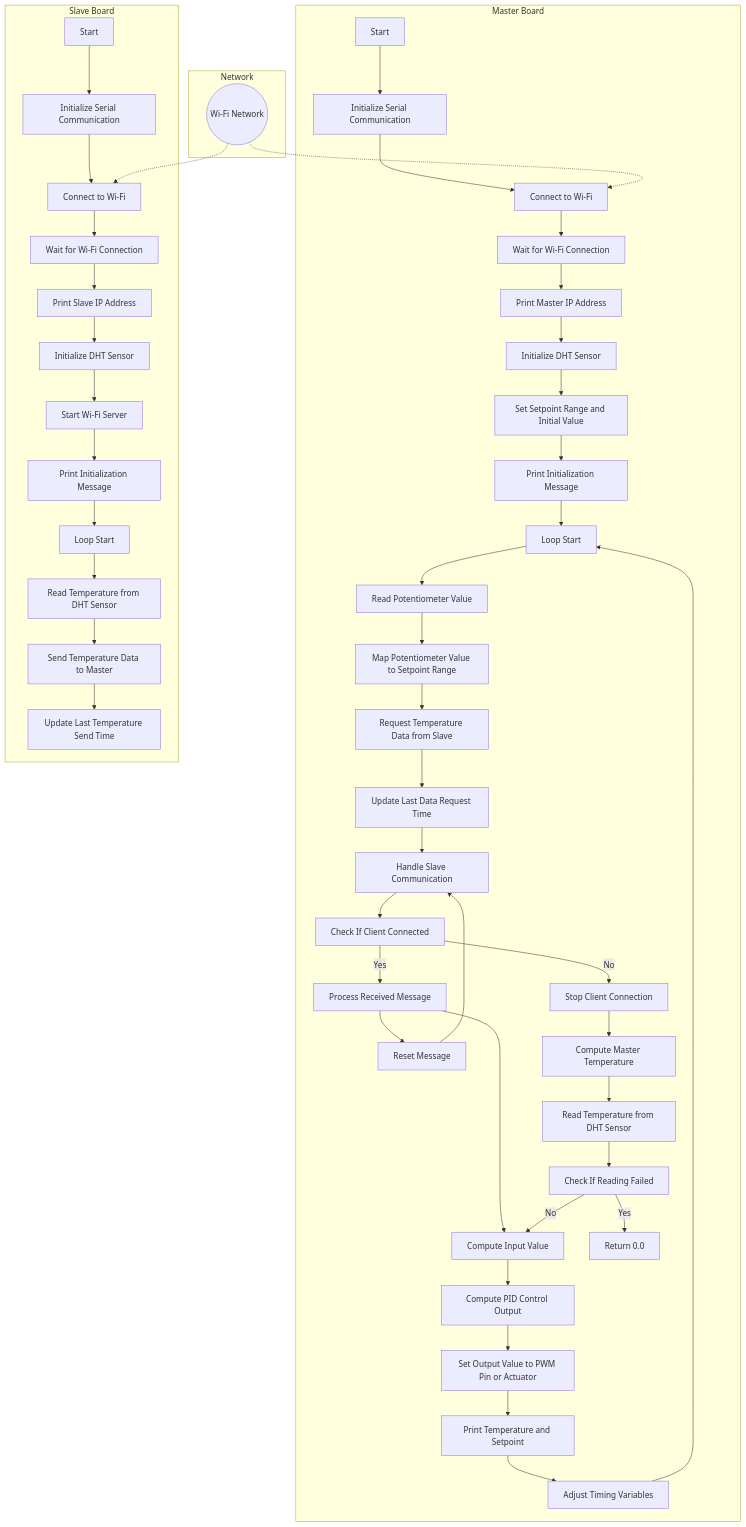
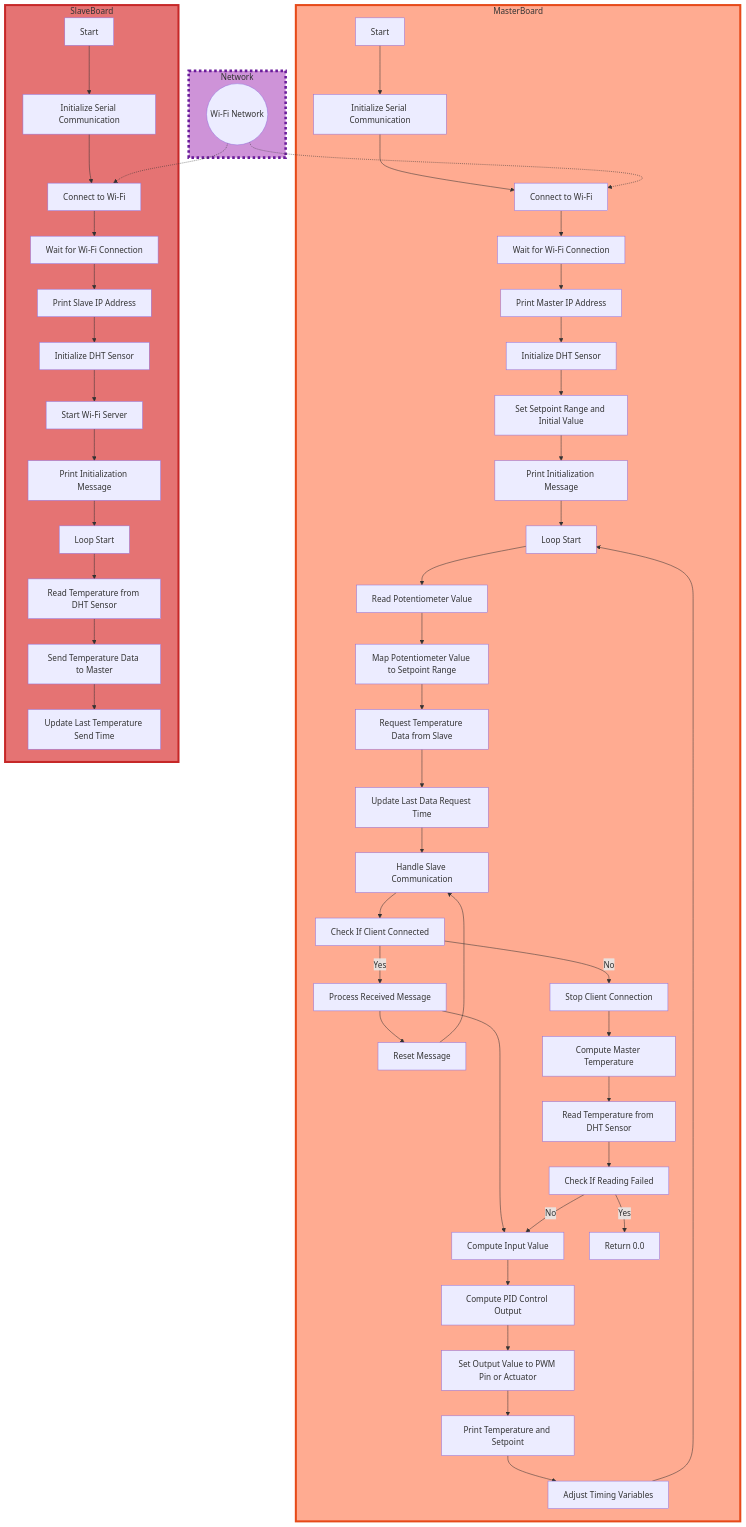
One commit to 1999AZZAR/Temperature-Control-System-with-Multiple-DHT11-Sensors-using-ESP8266 changed the diagram in readme.md. Above: the diagram before and after it, drawn with Mermaid.

````diff
--- a/readme.md
+++ b/readme.md
@@ -30,54 +30,58 @@
 ```mermaid
 graph TD
-  subgraph Master Board
+  style MasterBoard fill:#ffab91,stroke:#e64a19,stroke-width:4px;
+  style SlaveBoard fill:#e57373,stroke:#c62828,stroke-width:4px;
+  style Network fill:#ce93d8,stroke:#6a1b9a,stroke-width:5px,stroke-dasharray: 5, 5;
+
+  subgraph MasterBoard
     A[Start] --> B[Initialize Serial Communication]
     B --> C[Connect to Wi-Fi]
     C --> D[Wait for Wi-Fi Connection]
     D --> E[Print Master IP Address]
     E --> F[Initialize DHT Sensor]
     F --> G[Set Setpoint Range and Initial Value]
     G --> H[Print Initialization Message]
     H --> I[Loop Start]
     I --> J[Read Potentiometer Value]
     J --> K[Map Potentiometer Value to Setpoint Range]
     K --> L[Request Temperature Data from Slave]
     L --> M[Update Last Data Request Time]
     M --> N[Handle Slave Communication]
     N --> O[Check If Client Connected]
     O -- Yes --> P[Process Received Message]
     P --> W[Compute Input Value]
     P --> Q[Reset Message]
     Q --> N
     O -- No --> R[Stop Client Connection]
     R --> S[Compute Master Temperature]
     S --> T[Read Temperature from DHT Sensor]
     T --> U[Check If Reading Failed]
     U -- Yes --> V[Return 0.0]
     U -- No --> W[Compute Input Value]
     W --> X[Compute PID Control Output]
     X --> Y[Set Output Value to PWM Pin or Actuator]
     Y --> Z[Print Temperature and Setpoint]
     Z --> AA[Adjust Timing Variables]
     AA --> I
   end
   
-  subgraph Slave Board
+  subgraph SlaveBoard
     A1[Start] --> B1[Initialize Serial Communication]
     B1 --> C1[Connect to Wi-Fi]
     C1 --> D1[Wait for Wi-Fi Connection]
     D1 --> E1[Print Slave IP Address]
     E1 --> F1[Initialize DHT Sensor]
     F1 --> G1[Start Wi-Fi Server]
     G1 --> H1[Print Initialization Message]
     H1 --> I1[Loop Start]
     I1 --> J1[Read Temperature from DHT Sensor]
     J1 --> K1[Send Temperature Data to Master]
     K1 --> L1[Update Last Temperature Send Time]
   end
 
   subgraph Network
     Z1((Wi-Fi Network))
     Z1 -.-> C
     Z1 -.-> C1
   end
 ```
````
